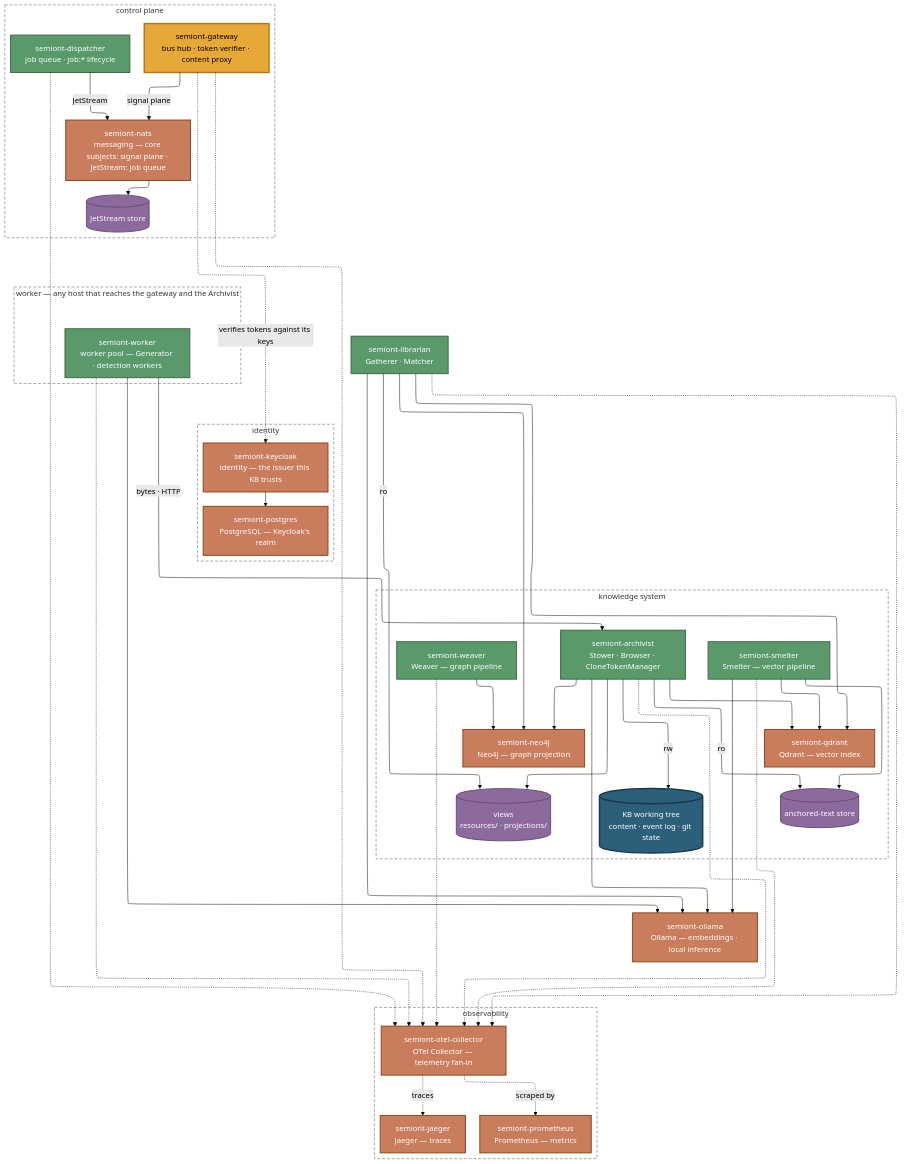
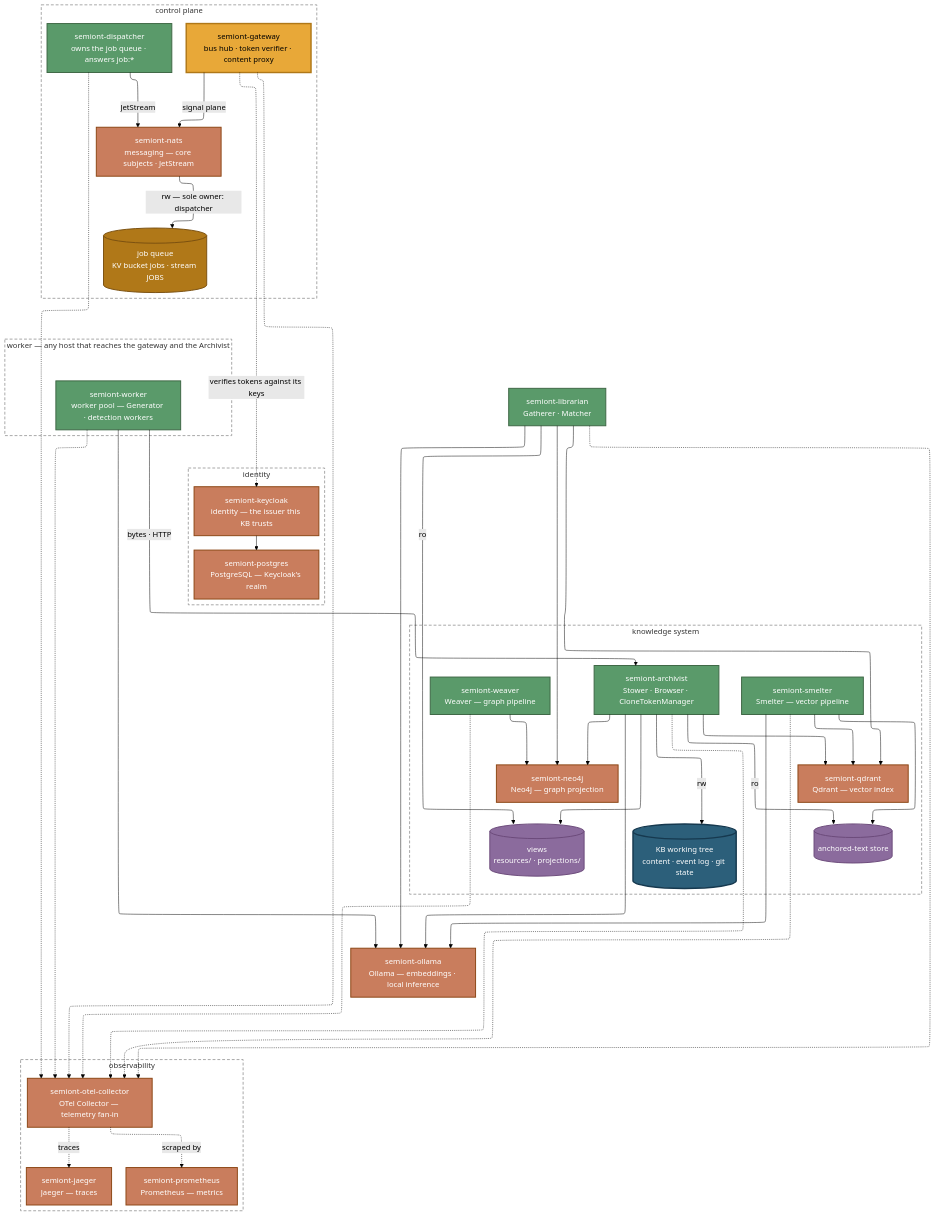
Before and after one commit to The-AI-Alliance/semiont: the second of 2 diagrams in docs/system/CONTAINER-TOPOLOGY.md, drawn with Mermaid (forest theme). The commit also changed other lines of this file, not shown here.

Commit message:
diagram updates

```diff
--- a/docs/system/CONTAINER-TOPOLOGY.md
+++ b/docs/system/CONTAINER-TOPOLOGY.md
@@ -81,9 +94,9 @@
 graph TB
     subgraph G1 ["control plane"]
         GW["semiont-gateway<br/>bus hub · token verifier · content proxy"]
-        DISP["semiont-dispatcher<br/>job queue · job:* lifecycle"]
-        NATS["semiont-nats<br/>messaging — core subjects: signal plane · JetStream: job queue"]
-        JS[("JetStream store")]
+        DISP["semiont-dispatcher<br/>owns the job queue · answers job:*"]
+        NATS["semiont-nats<br/>messaging — core subjects · JetStream"]
+        JS[("job queue<br/>KV bucket jobs · stream JOBS")]
     end
 
     subgraph G4 ["identity"]
@@ -123,7 +136,7 @@
     WORKER -->|bytes · HTTP| ARCH
     GW -->|signal plane| NATS
     DISP -->|JetStream| NATS
-    NATS --> JS
+    NATS -->|rw — sole owner: dispatcher| JS
 
     WEAVE --> NEO
     ARCH --> NEO
@@ -153,11 +166,13 @@
     classDef infra fill:#c97d5d,stroke:#8b4513,stroke-width:2px,color:#fff
     classDef store fill:#8b6b9d,stroke:#6b4a7a,stroke-width:2px,color:#fff
     classDef record fill:#2c5f7a,stroke:#16394f,stroke-width:3px,color:#fff
+    classDef ctl fill:#b07818,stroke:#7a5010,stroke-width:2px,color:#fff
 
     class LIB,WORKER,SMELT,WEAVE,ARCH,DISP svc
     class GW hub
     class NEO,QD,OL,PG,KC,COLL,TRACES,METRICS,NATS infra
-    class ANCH,VIEWS,JS store
+    class ANCH,VIEWS store
+    class JS ctl
     class TREE record
 
     NEO ~~~ TREE
```
